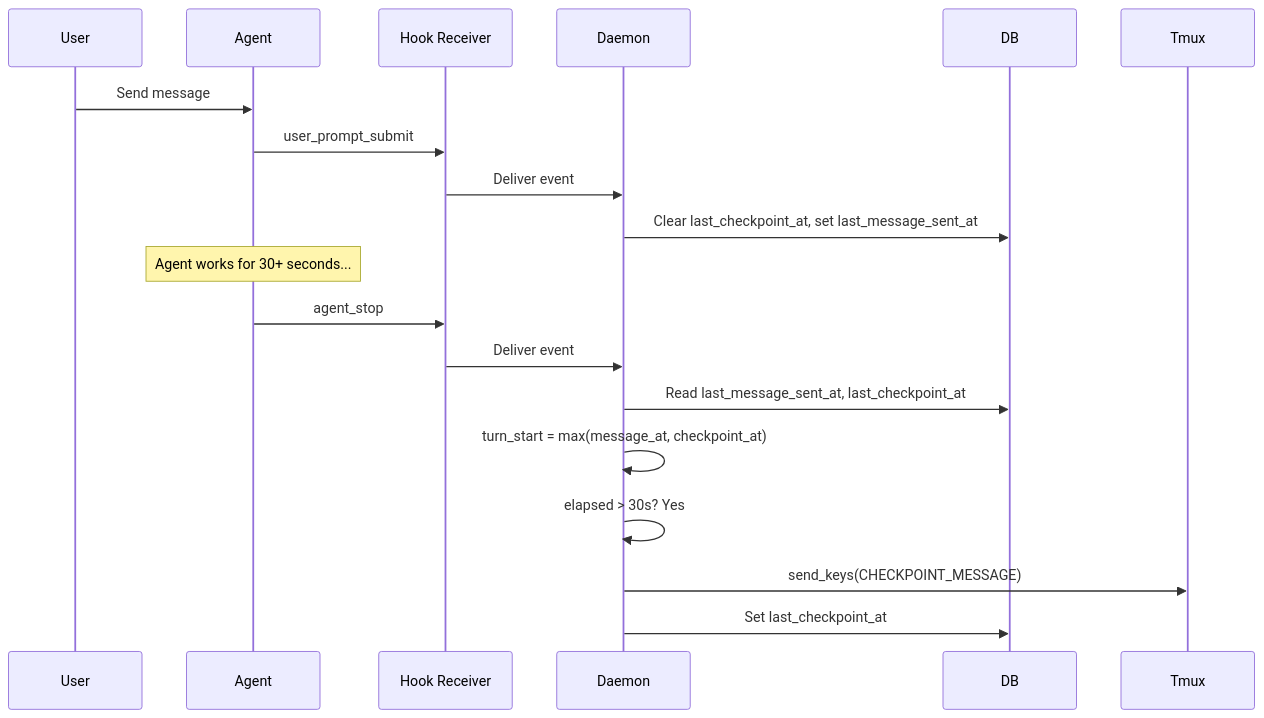
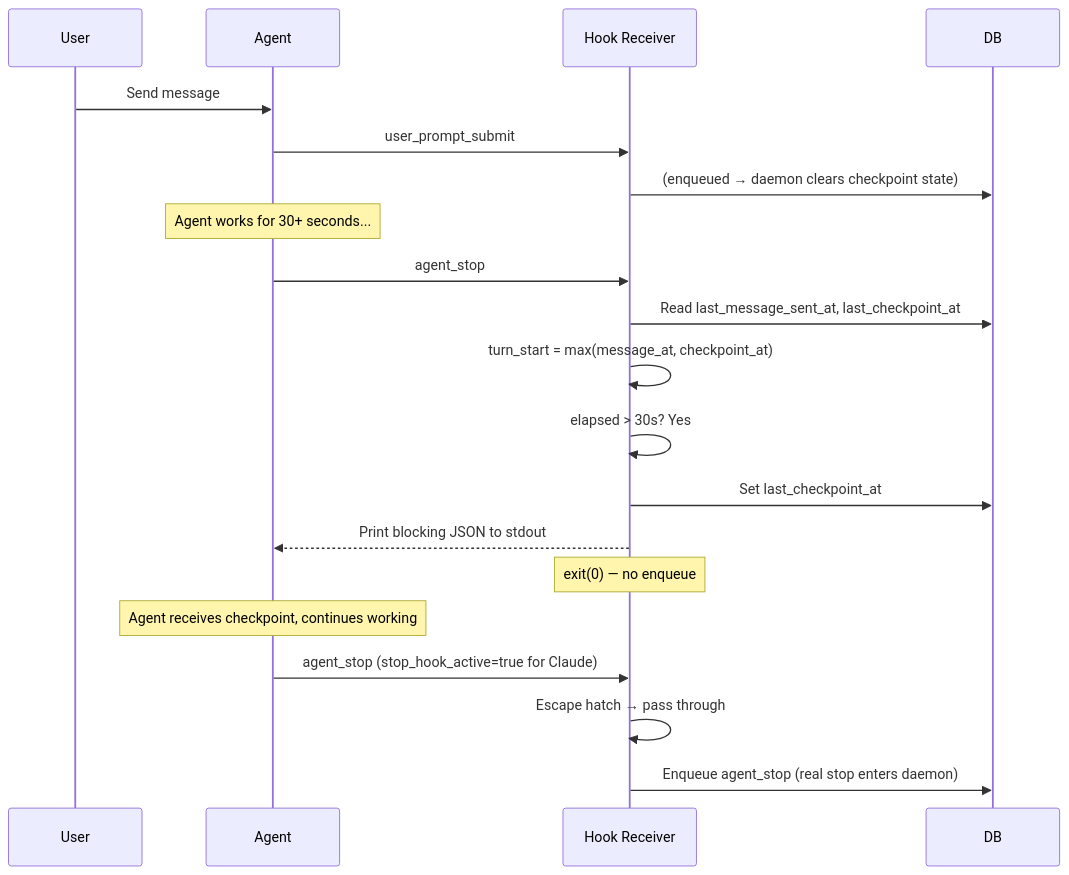
Before and after one commit to InstruktAI/TeleClaude: the first of 4 diagrams in docs/project/design/architecture/checkpoint-system.md, drawn with Mermaid. The commit also changed other lines of this file and 86 other files, not shown here.

````diff
--- a/docs/project/design/architecture/checkpoint-system.md
+++ b/docs/project/design/architecture/checkpoint-system.md
@@ -50,24 +60,26 @@
 ```mermaid
 sequenceDiagram
     participant User
     participant Agent
     participant Hook as Hook Receiver
-    participant Daemon
     participant DB
-    participant Tmux
 
     User->>Agent: Send message
     Agent->>Hook: user_prompt_submit
-    Hook->>Daemon: Deliver event
-    Daemon->>DB: Clear last_checkpoint_at, set last_message_sent_at
+    Hook->>DB: (enqueued → daemon clears checkpoint state)
 
     Note over Agent: Agent works for 30+ seconds...
 
     Agent->>Hook: agent_stop
-    Hook->>Daemon: Deliver event
-    Daemon->>DB: Read last_message_sent_at, last_checkpoint_at
-    Daemon->>Daemon: turn_start = max(message_at, checkpoint_at)
-    Daemon->>Daemon: elapsed > 30s? Yes
-    Daemon->>Tmux: send_keys(CHECKPOINT_MESSAGE)
-    Daemon->>DB: Set last_checkpoint_at
+    Hook->>DB: Read last_message_sent_at, last_checkpoint_at
+    Hook->>Hook: turn_start = max(message_at, checkpoint_at)
+    Hook->>Hook: elapsed > 30s? Yes
+    Hook->>DB: Set last_checkpoint_at
+    Hook-->>Agent: Print blocking JSON to stdout
+    Note over Hook: exit(0) — no enqueue
+
+    Note over Agent: Agent receives checkpoint, continues working
+    Agent->>Hook: agent_stop (stop_hook_active=true for Claude)
+    Hook->>Hook: Escape hatch → pass through
+    Hook->>DB: Enqueue agent_stop (real stop enters daemon)
 ```
````
